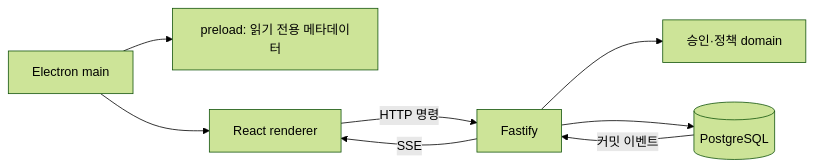
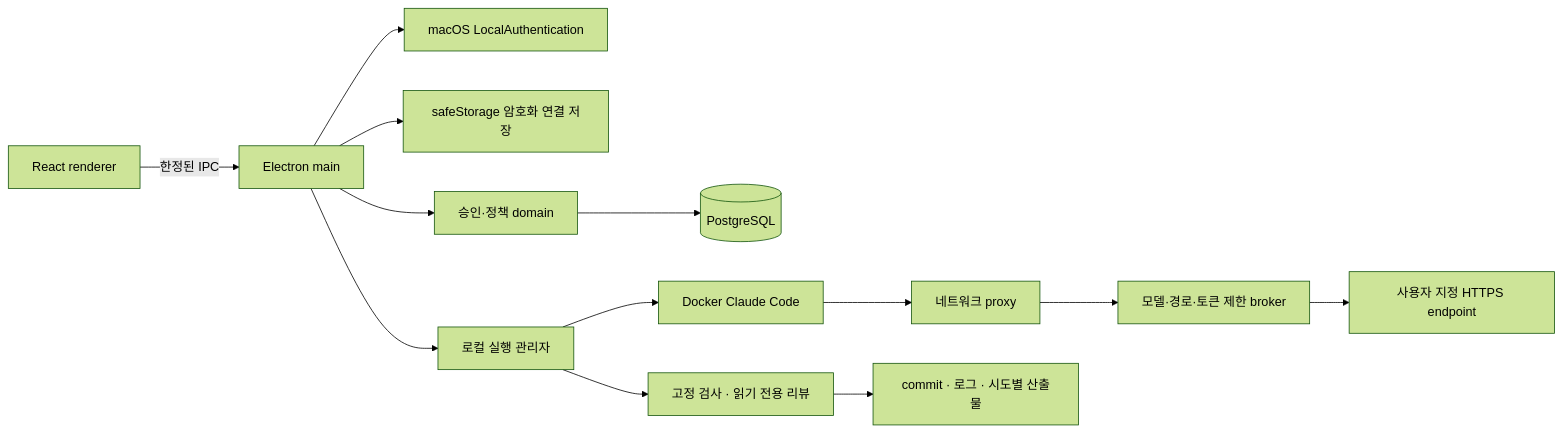
The diagram in docs/ARCHITECTURE.md (benny1020/roopre), drawn with Mermaid (forest theme) before and after one commit. The commit also changed other lines of this file and 87 other files, not shown here.

````diff
--- a/docs/ARCHITECTURE.md
+++ b/docs/ARCHITECTURE.md
@@ -13,10 +13,15 @@
 ```mermaid
 flowchart LR
-  Main[Electron main] --> Preload[preload: 읽기 전용 메타데이터]
-  Main --> UI[React renderer]
-  UI -->|HTTP 명령| API[Fastify]
-  API --> Rules[승인·정책 domain]
-  API --> DB[(PostgreSQL)]
-  DB -->|커밋 이벤트| API
-  API -->|SSE| UI
+  UI[React renderer] -->|한정된 IPC| Main[Electron main]
+  Main --> Auth[macOS LocalAuthentication]
+  Main --> Vault[safeStorage 암호화 연결 저장]
+  Main --> Rules[승인·정책 domain]
+  Rules --> DB[(PostgreSQL)]
+  Main --> Runner[로컬 실행 관리자]
+  Runner --> Agent[Docker Claude Code]
+  Agent --> Proxy[네트워크 proxy]
+  Proxy --> Broker[모델·경로·토큰 제한 broker]
+  Broker --> Endpoint[사용자 지정 HTTPS endpoint]
+  Runner --> Checks[고정 검사 · 읽기 전용 리뷰]
+  Checks --> Evidence[commit · 로그 · 시도별 산출물]
 ```
````
